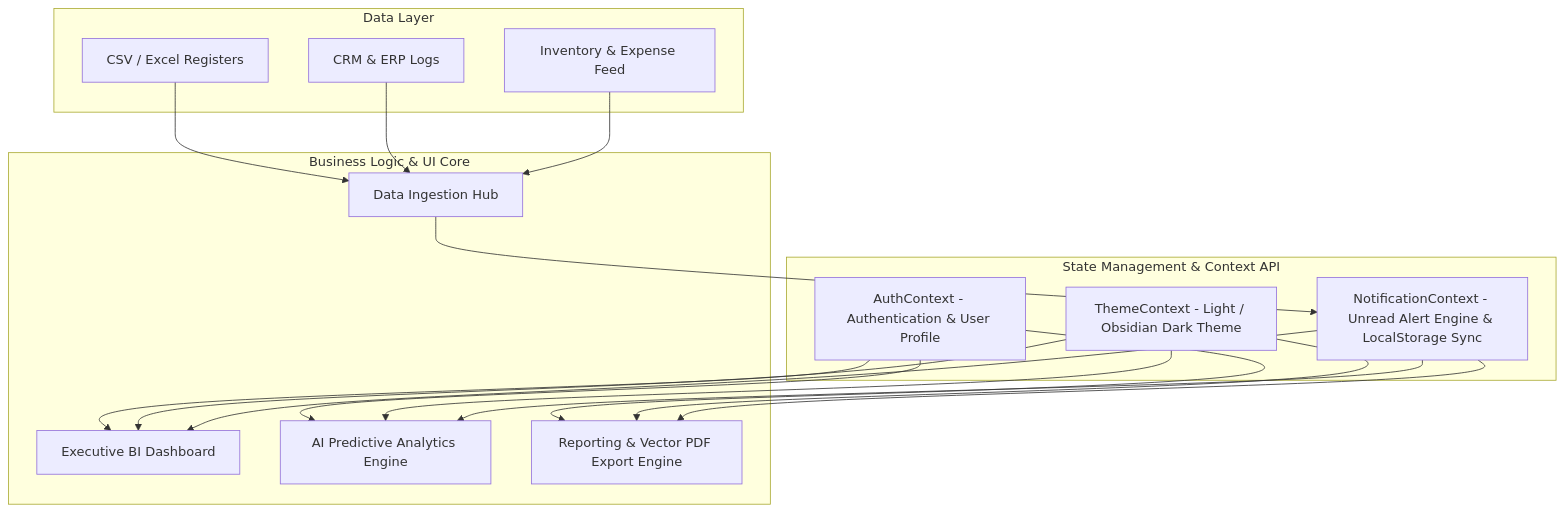
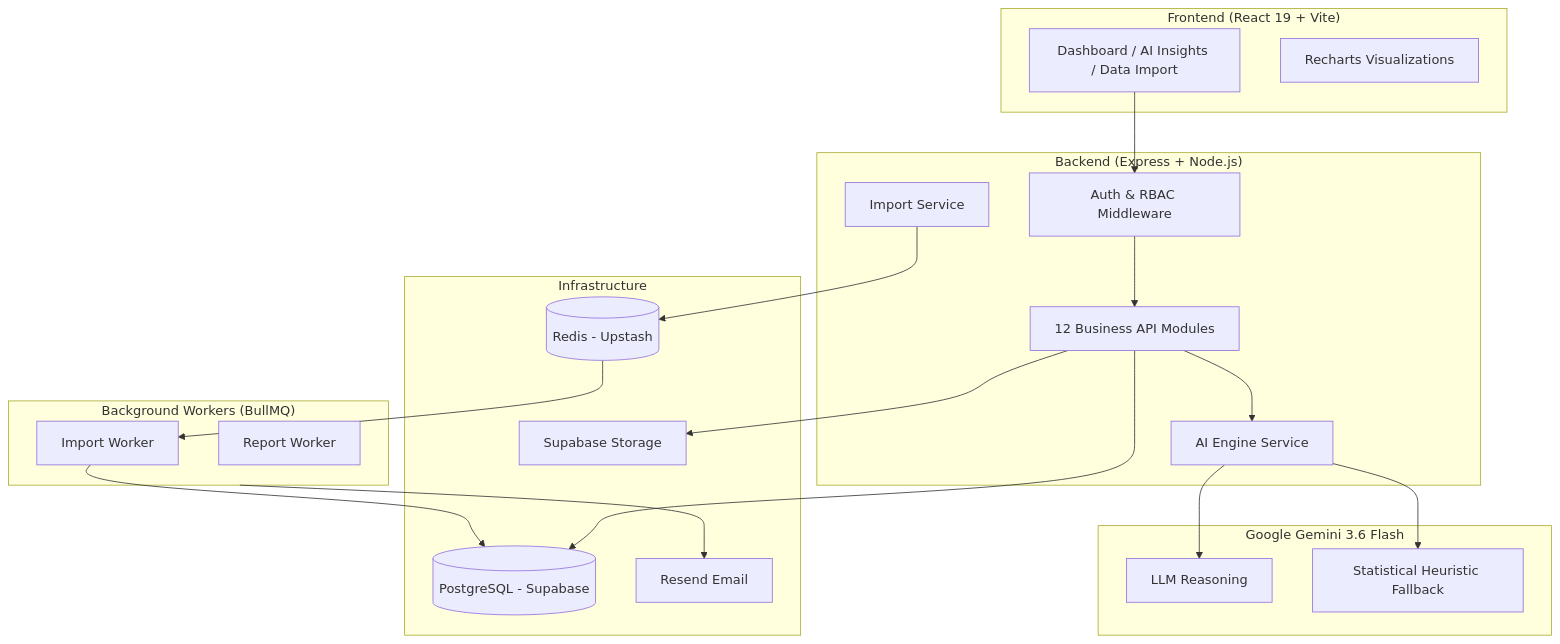
The diagram in README.MD (souvikx18/DecisionOS), drawn with Mermaid before and after one commit. The commit also changed other lines of this file, not shown here.

````diff
--- a/README.MD
+++ b/README.MD
@@ -92,25 +87,40 @@
 ```mermaid
 flowchart TD
-    subgraph Data Layer
-        A1[CSV / Excel Registers]
-        A2[CRM & ERP Logs]
-        A3[Inventory & Expense Feed]
+    subgraph Client["Frontend (React 19 + Vite)"]
+        UI[Dashboard / AI Insights / Data Import]
+        Charts[Recharts Visualizations]
     end
 
-    subgraph State Management & Context API
-        B1[AuthContext - Authentication & User Profile]
-        B2[ThemeContext - Light / Obsidian Dark Theme]
-        B3[NotificationContext - Unread Alert Engine & LocalStorage Sync]
+    subgraph API["Backend (Express + Node.js)"]
+        Auth[Auth & RBAC Middleware]
+        Modules[12 Business API Modules]
+        AIEngine[AI Engine Service]
+        ImportSvc[Import Service]
     end
 
-    subgraph Business Logic & UI Core
-        C1[Executive BI Dashboard]
-        C2[AI Predictive Analytics Engine]
-        C3[Data Ingestion Hub]
-        C4[Reporting & Vector PDF Export Engine]
+    subgraph Workers["Background Workers (BullMQ)"]
+        ImportWorker[Import Worker]
+        ReportWorker[Report Worker]
     end
 
-    A1 & A2 & A3 --> C3
-    C3 --> B3
-    B1 & B2 & B3 --> C1 & C2 & C4
+    subgraph AI["Google Gemini 3.6 Flash"]
+        Gemini[LLM Reasoning]
+        Fallback[Statistical Heuristic Fallback]
+    end
+
+    subgraph Infra["Infrastructure"]
+        PG[(PostgreSQL - Supabase)]
+        Redis[(Redis - Upstash)]
+        Storage[Supabase Storage]
+        Email[Resend Email]
+    end
+
+    UI --> Auth --> Modules
+    Modules --> PG
+    Modules --> AIEngine
+    AIEngine --> Gemini
+    AIEngine --> Fallback
+    ImportSvc --> Redis --> ImportWorker --> PG
+    Modules --> Storage
+    Workers --> Email
 ```
````
